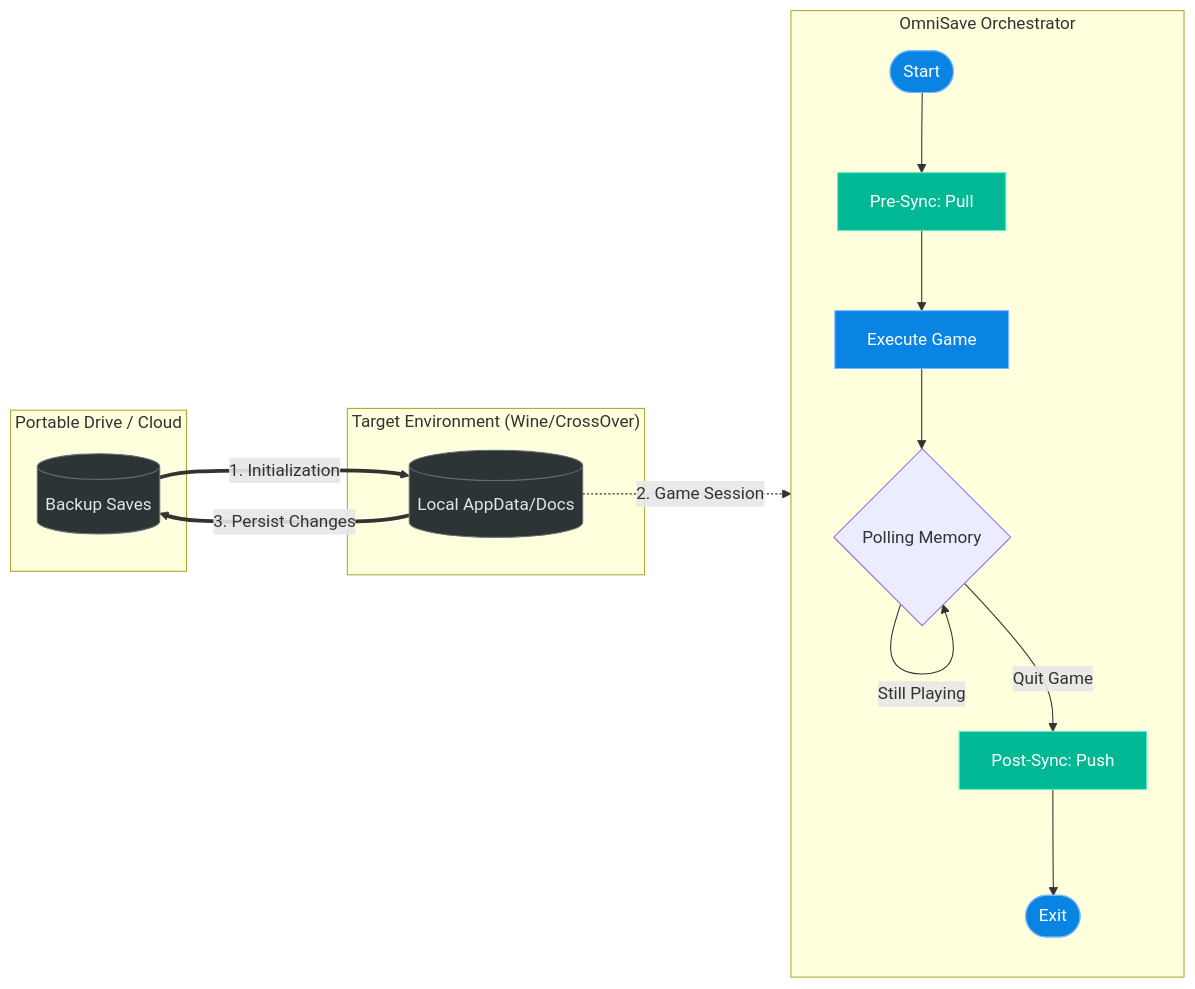
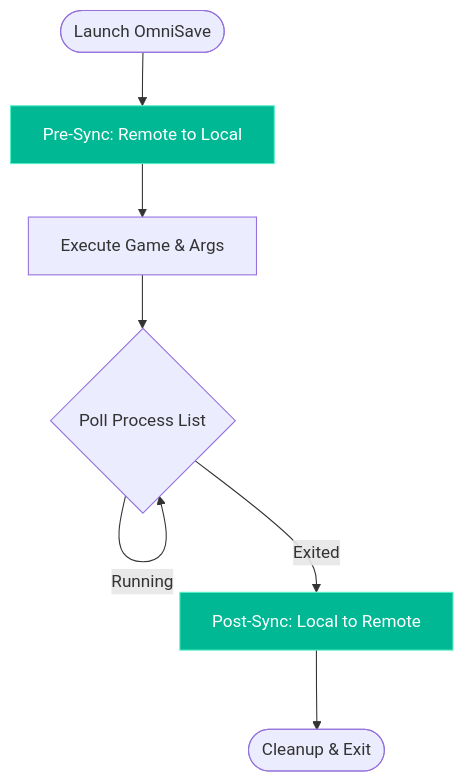
Before and after one commit to abduznik/OmniSave: the second of 2 diagrams in README.md, drawn with Mermaid. The commit also changed other lines of this file, not shown here.

Commit message:
Split Mermaid diagrams into focused Architecture and Lifecycle views

````diff
--- a/README.md
+++ b/README.md
@@ -11,33 +30,12 @@
 ```mermaid
-flowchart LR
-    subgraph "Portable Drive / Cloud"
-        Remote[(Backup Saves)]
-    end
+flowchart TD
+    Start([Launch OmniSave]) --> Pull[Pre-Sync: Remote to Local]
+    Pull --> Exec[Execute Game & Args]
+    Exec --> Poll{Poll Process List}
+    Poll -- "Running" --> Poll
+    Poll -- "Exited" --> Push[Post-Sync: Local to Remote]
+    Push --> End([Cleanup & Exit])
 
-    subgraph "OmniSave Orchestrator"
-        direction TB
-        Start([Start]) --> SyncIn[Pre-Sync: Pull]
-        SyncIn --> Exec[Execute Game]
-        Exec --> Monitor{Polling Memory}
-        Monitor -- "Still Playing" --> Monitor
-        Monitor -- "Quit Game" --> SyncOut[Post-Sync: Push]
-        SyncOut --> End([Exit])
-    end
-
-    subgraph "Target Environment (Wine/CrossOver)"
-        Local[(Local AppData/Docs)]
-    end
-
-    Remote ==>|"1. Initialization"| Local
-    Local -.->|"2. Game Session"| Monitor
-    Local ==>|"3. Persist Changes"| Remote
-
-    %% Styling
-    classDef storage fill:#2d3436,color:#dfe6e9,stroke:#636e72
-    classDef process fill:#0984e3,color:#fff,stroke:#74b9ff
     classDef action fill:#00b894,color:#fff,stroke:#55efc4
-    
-    class Remote,Local storage
-    class Start,End,Exec process
-    class SyncIn,SyncOut action
+    class Pull,Push action
 ```
````
